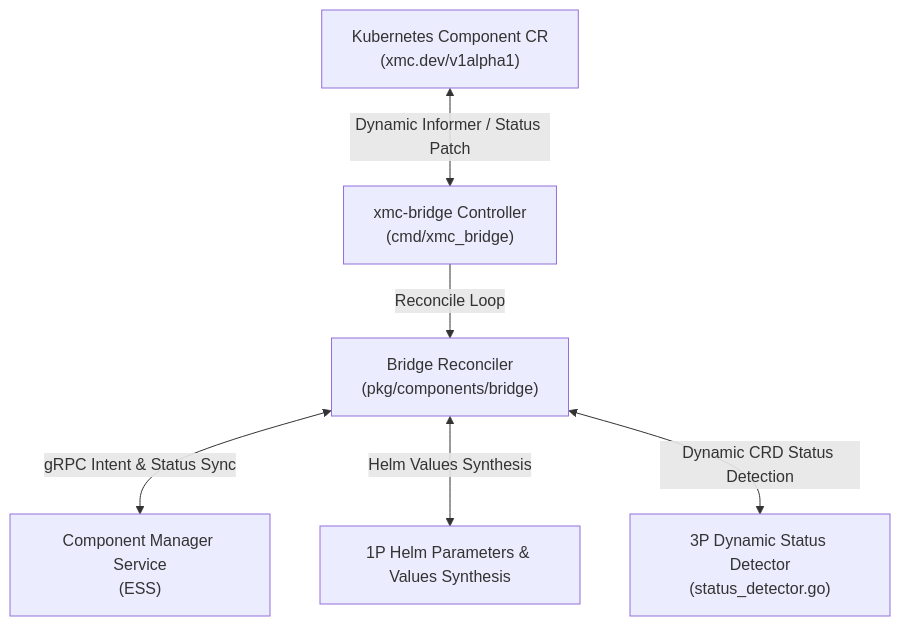
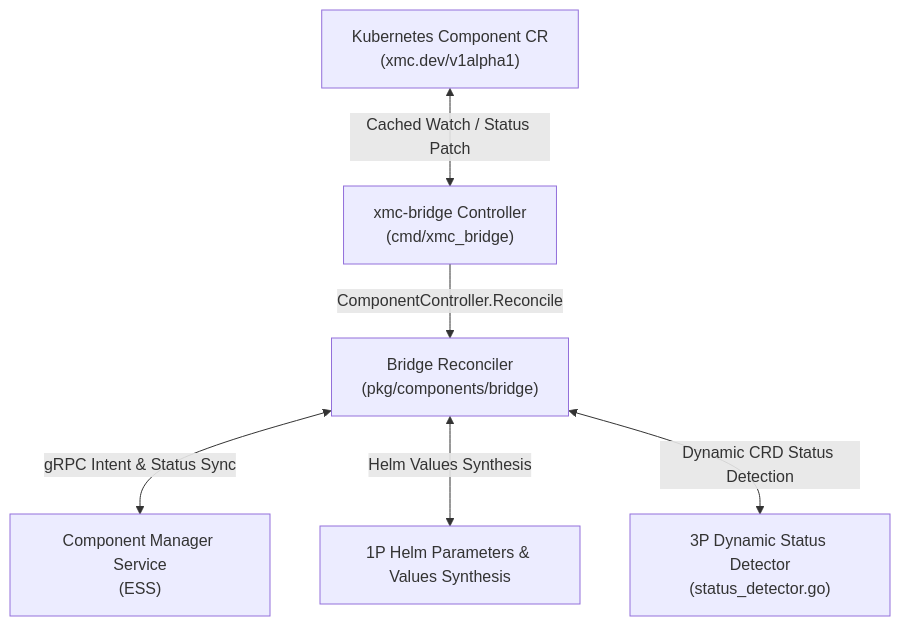
The diagram in pkg/components/bridge/README.md (google/xmc), drawn with Mermaid before and after one commit. The commit also changed other lines of this file and 13 other files, not shown here.

First line of the commit message:
refactor(components): run xmc-bridge as a controller-runtime controller

````diff
--- a/pkg/components/bridge/README.md
+++ b/pkg/components/bridge/README.md
@@ -9,8 +9,8 @@
 ```mermaid
 graph TD
-    CR["Kubernetes Component CR<br>(xmc.dev/v1alpha1)"] <-->|"Dynamic Informer / Status Patch"| Bridge["xmc-bridge Controller<br>(cmd/xmc_bridge)"]
-    Bridge -->|"Reconcile Loop"| Reconciler["Bridge Reconciler<br>(pkg/components/bridge)"]
+    CR["Kubernetes Component CR<br>(xmc.dev/v1alpha1)"] <-->|"Cached Watch / Status Patch"| Bridge["xmc-bridge Controller<br>(cmd/xmc_bridge)"]
+    Bridge -->|"ComponentController.Reconcile"| Reconciler["Bridge Reconciler<br>(pkg/components/bridge)"]
     Reconciler <-->|"gRPC Intent & Status Sync"| CMS["Component Manager Service<br>(ESS)"]
     Reconciler <-->|"Helm Values Synthesis"| Helm["1P Helm Parameters & Values Synthesis"]
     Reconciler <-->|"Dynamic CRD Status Detection"| Detector["3P Dynamic Status Detector<br>(status_detector.go)"]
 ```
````
